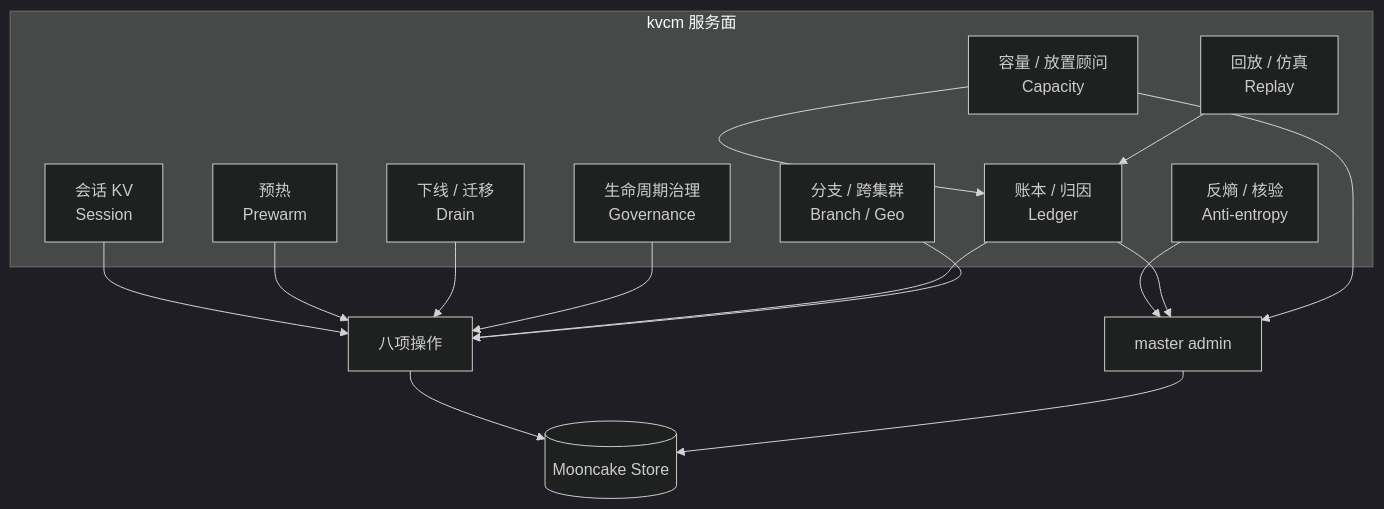
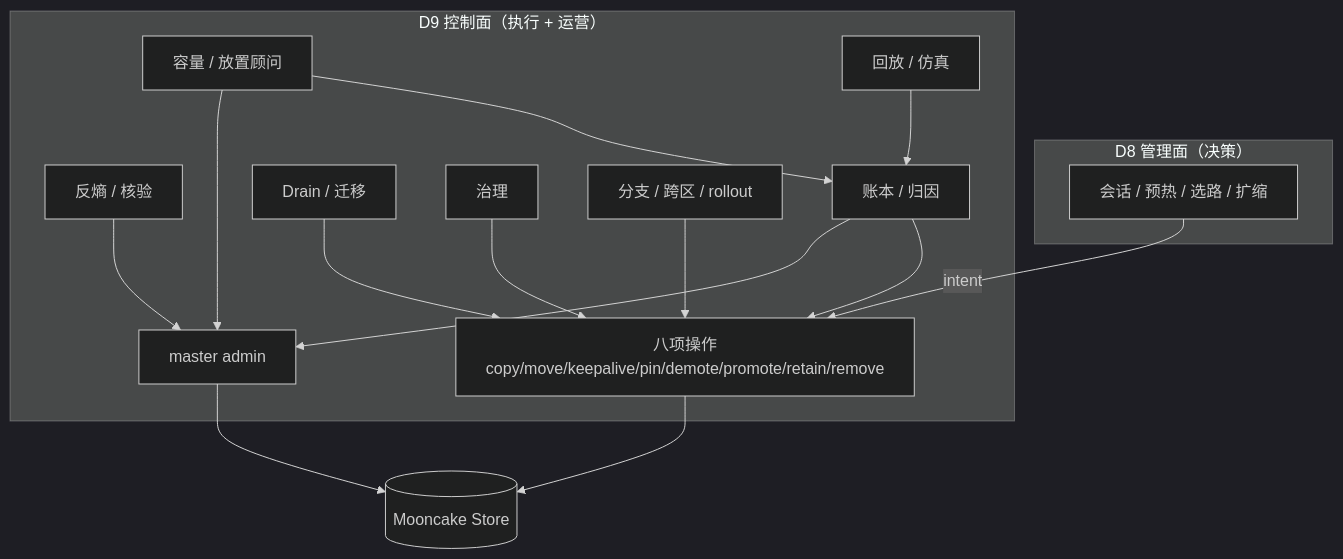
One commit to 5x8-40/lake changed the first of 6 diagrams in kvcm/design/D9-kv-services.md. Above: the diagram before and after it, drawn with Mermaid (dark theme). The commit also changed other lines of this file and 3 other files, not shown here.

````diff
--- a/kvcm/design/D9-kv-services.md
+++ b/kvcm/design/D9-kv-services.md
@@ -40,29 +38,31 @@
 ```mermaid
 flowchart TB
-    subgraph S["kvcm 服务面"]
-        SES["会话 KV<br/>Session"]
-        PRE["预热<br/>Prewarm"]
-        VER["反熵 / 核验<br/>Anti-entropy"]
-        LED["账本 / 归因<br/>Ledger"]
-        CAP["容量 / 放置顾问<br/>Capacity"]
-        DRA["下线 / 迁移<br/>Drain"]
-        GOV["生命周期治理<br/>Governance"]
-        SIM["回放 / 仿真<br/>Replay"]
-        EXT["分支 / 跨集群<br/>Branch / Geo"]
+    subgraph D8["D8 管理面（决策）"]
+        L1["会话 / 预热 / 选路 / 扩缩"]
     end
 
-    SES --> OPS["八项操作"]
-    PRE --> OPS
-    DRA --> OPS
-    GOV --> OPS
-    VER --> ADM["master admin"]
+    subgraph D9["D9 控制面（执行 + 运营）"]
+        OPS["八项操作<br/>copy/move/keepalive/pin/demote/promote/retain/remove"]
+        VER["反熵 / 核验"]
+        LED["账本 / 归因"]
+        CAP["容量 / 放置顾问"]
+        DRA["Drain / 迁移"]
+        GOV["治理"]
+        SIM["回放 / 仿真"]
+        EXT["分支 / 跨区 / rollout"]
+        ADM["master admin"]
+    end
+
+    L1 -->|"intent"| OPS
+    VER --> ADM
     LED --> OPS
     LED --> ADM
     CAP --> LED
     CAP --> ADM
+    DRA --> OPS
+    GOV --> OPS
     SIM --> LED
     EXT --> OPS
-
     OPS --> M[("Mooncake Store")]
     ADM --> M
 ```
````
